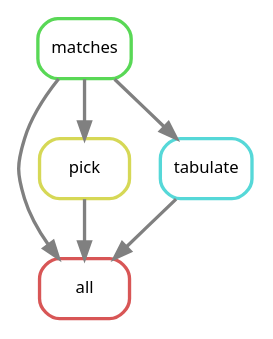
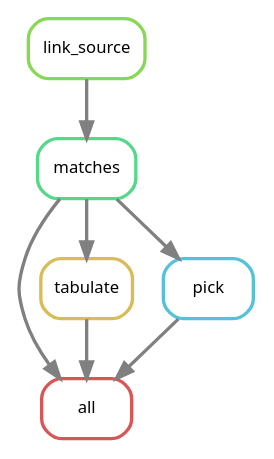
Before and after one commit to lumc-pgx/haplotyping: the diagram in README.md, drawn with PlantUML.

Commit message:
updated dag

````diff
--- a/README.md
+++ b/README.md
@@ -15,16 +15,50 @@
 ```plantuml
 digraph snakemake_dag {
-    graph[bgcolor=white, margin=0];
-    node[shape=box, style=rounded, fontname=sans,                 fontsize=10, penwidth=2];
-    edge[penwidth=2, color=grey];
-	0[label = "all", color = "0.00 0.6 0.85", style="rounded"];
-	1[label = "pick", color = "0.17 0.6 0.85", style="rounded"];
-	2[label = "matches", color = "0.33 0.6 0.85", style="rounded"];
-	3[label = "tabulate", color = "0.50 0.6 0.85", style="rounded"];
-	3 -> 0
-	1 -> 0
-	2 -> 0
-	2 -> 1
-	2 -> 3
+        graph [bb="0,0,140.6,252",
+                bgcolor=white,
+                margin=0
+        ];
+        node [fontname=sans,
+                fontsize=10,
+                label="\N",
+                penwidth=2,
+                shape=box,
+                style=rounded
+        ];
+        edge [color=grey,
+                penwidth=2
+        ];
+        0        [color="0.00 0.6 0.85",
+                height=0.5,
+                label=all,
+                pos="40.6,18",
+                width=0.75];
+        1        [color="0.13 0.6 0.85",
+                height=0.5,
+                label=tabulate,
+                pos="40.6,90",
+                width=0.76389];
+        1 -> 0   [pos="e,40.6,36.104 40.6,71.697 40.6,63.983 40.6,54.712 40.6,46.112"];
+        2        [color="0.27 0.6 0.85",
+                height=0.5,
+                label=link_source,
+                pos="40.6,234",
+                width=0.97222];
+        3        [color="0.40 0.6 0.85",
+                height=0.5,
+                label=matches,
+                pos="40.6,162",
+                width=0.8125];
+        2 -> 3   [pos="e,40.6,180.1 40.6,215.7 40.6,207.98 40.6,198.71 40.6,190.11"];
+        3 -> 0   [pos="e,24.564,36.154 24.564,143.85 16.587,134.12 7.7754,121.27 3.6004,108 -1.2001,92.737 -1.2001,87.263 3.6004,72 6.699,62.148 12.352,\
+52.53 18.321,44.251"];
+        3 -> 1   [pos="e,40.6,108.1 40.6,143.7 40.6,135.98 40.6,126.71 40.6,118.11"];
+        4        [color="0.53 0.6 0.85",
+                height=0.5,
+                label=pick,
+                pos="113.6,90",
+                width=0.75];
+        3 -> 4   [pos="e,95.763,108.1 58.645,143.7 67.662,135.05 78.718,124.45 88.544,115.03"];
+        4 -> 0   [pos="e,58.438,36.104 95.555,71.697 86.539,63.05 75.482,52.449 65.657,43.027"];
 }
 ```
````
